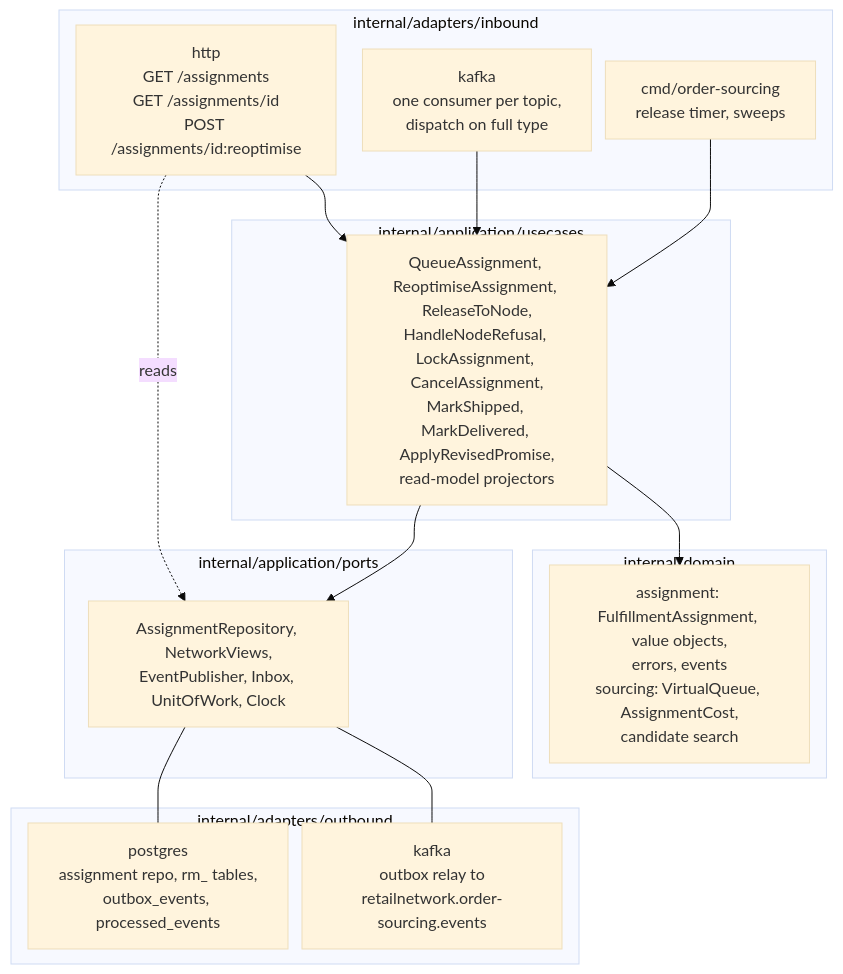
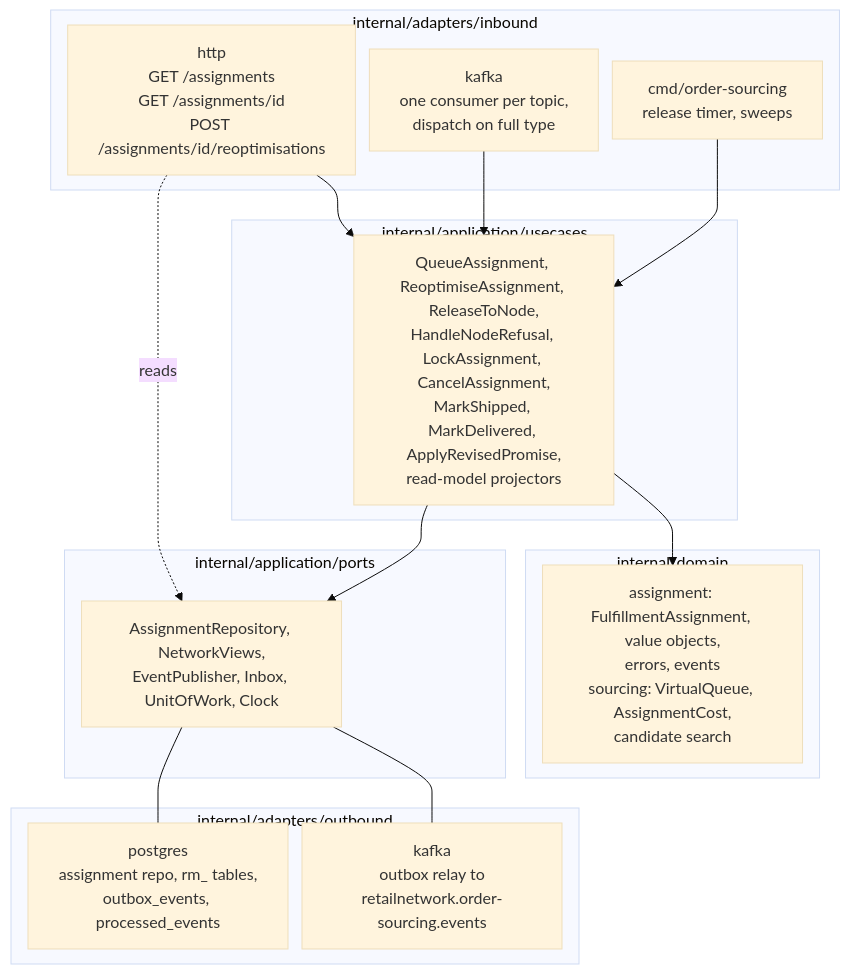
The fifth of 5 diagrams in network/docs/contexts/order-sourcing/class-diagram.md (IQVO/warehouse-docs), drawn with Mermaid (base theme) before and after one commit. The commit also changed 272 other files, not shown here.

````diff
--- a/network/docs/contexts/order-sourcing/class-diagram.md
+++ b/network/docs/contexts/order-sourcing/class-diagram.md
@@ -321,30 +321,30 @@
 ```mermaid
 %%{init: {"flowchart": {"nodeSpacing": 14, "rankSpacing": 30}}}%%
 flowchart TB
     subgraph IN["internal/adapters/inbound"]
-        HTTP["http<br/>GET /assignments<br/>GET /assignments/id<br/>POST /assignments/id:reoptimise"]
+        HTTP["http<br/>GET /assignments<br/>GET /assignments/id<br/>POST /assignments/id/reoptimisations"]
         KC["kafka<br/>one consumer per topic,<br/>dispatch on full type"]
         SCHED["cmd/order-sourcing<br/>release timer, sweeps"]
     end
     subgraph APP["internal/application/usecases"]
         UC["QueueAssignment, ReoptimiseAssignment, ReleaseToNode,<br/>HandleNodeRefusal, LockAssignment, CancelAssignment,<br/>MarkShipped, MarkDelivered, ApplyRevisedPromise,<br/>read-model projectors"]
     end
     subgraph DOM["internal/domain"]
         D["assignment: FulfillmentAssignment, value objects,<br/>errors, events<br/>sourcing: VirtualQueue, AssignmentCost,<br/>candidate search"]
     end
     subgraph PORTS["internal/application/ports"]
         P["AssignmentRepository, NetworkViews,<br/>EventPublisher, Inbox, UnitOfWork, Clock"]
     end
     subgraph OUT["internal/adapters/outbound"]
         PG["postgres<br/>assignment repo, rm_ tables,<br/>outbox_events, processed_events"]
         KO["kafka<br/>outbox relay to<br/>retailnetwork.order-sourcing.events"]
     end
     HTTP --> UC
     HTTP -. reads .-> P
     KC --> UC
     SCHED --> UC
     UC --> D
     UC --> P
     P --- PG
     P --- KO
 ```
````
